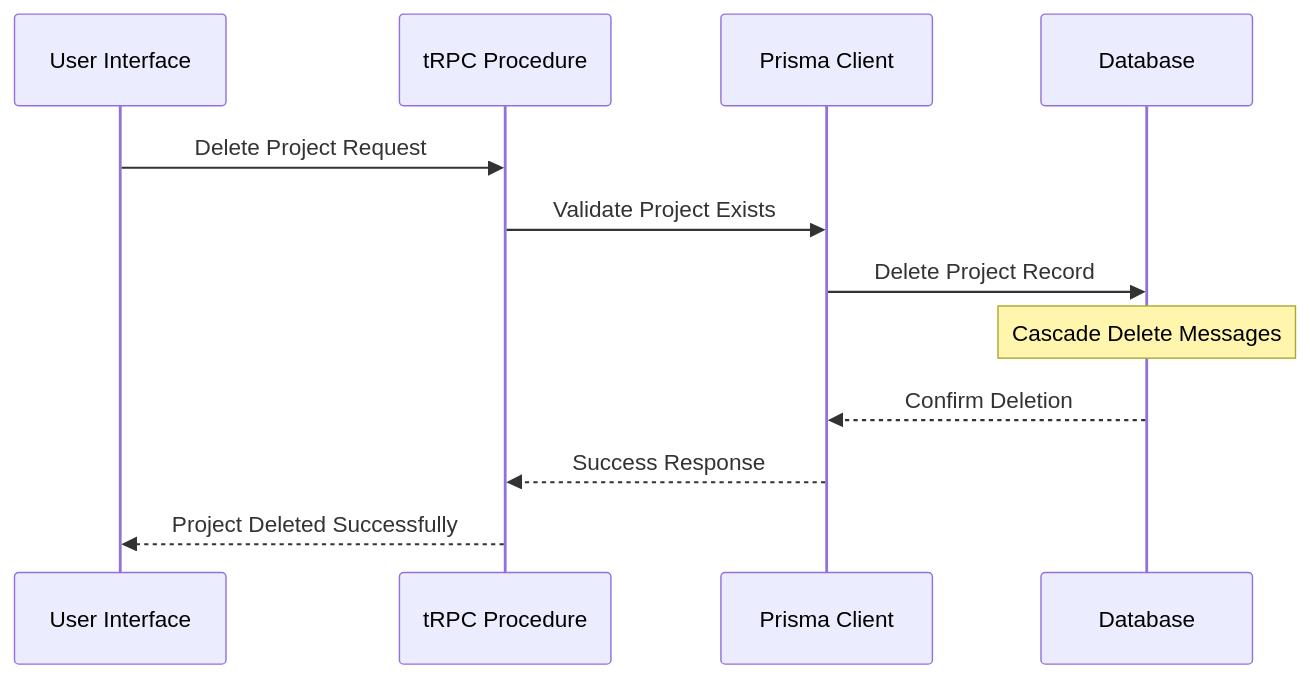
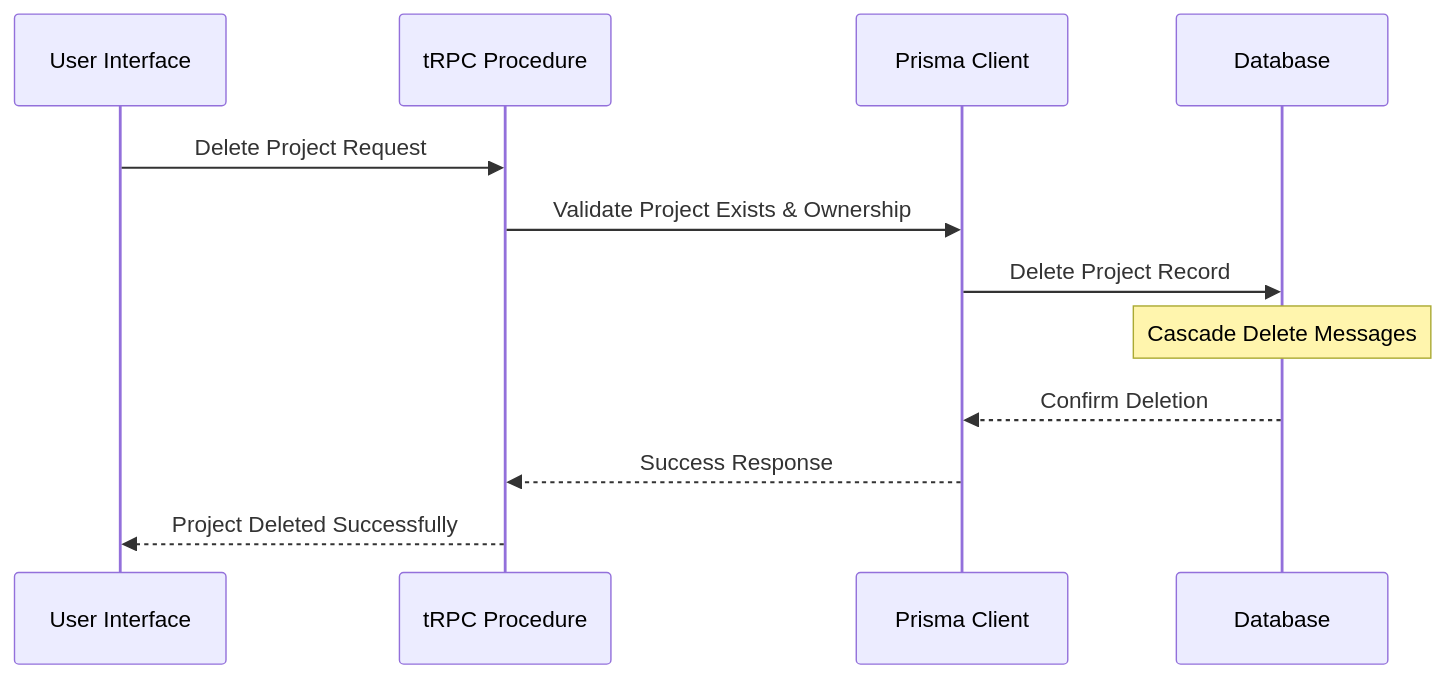
Before and after one commit to roisulimani/qai: the fourth of 4 diagrams in .qoder/repowiki/en/content/Data Models & Schema Design/Project Model.md, drawn with Mermaid. The commit also changed other lines of this file and 4 other files, not shown here.

````diff
--- a/.qoder/repowiki/en/content/Data Models & Schema Design/Project Model.md
+++ b/.qoder/repowiki/en/content/Data Models & Schema Design/Project Model.md
@@ -564,14 +654,14 @@
 ```mermaid
 sequenceDiagram
 participant User as User Interface
 participant tRPC as tRPC Procedure
 participant Prisma as Prisma Client
 participant DB as Database
 User->>tRPC : Delete Project Request
-tRPC->>Prisma : Validate Project Exists
+tRPC->>Prisma : Validate Project Exists & Ownership
 Prisma->>DB : Delete Project Record
 Note over DB : Cascade Delete Messages
 DB-->>Prisma : Confirm Deletion
 Prisma-->>tRPC : Success Response
 tRPC-->>User : Project Deleted Successfully
 ```
````
